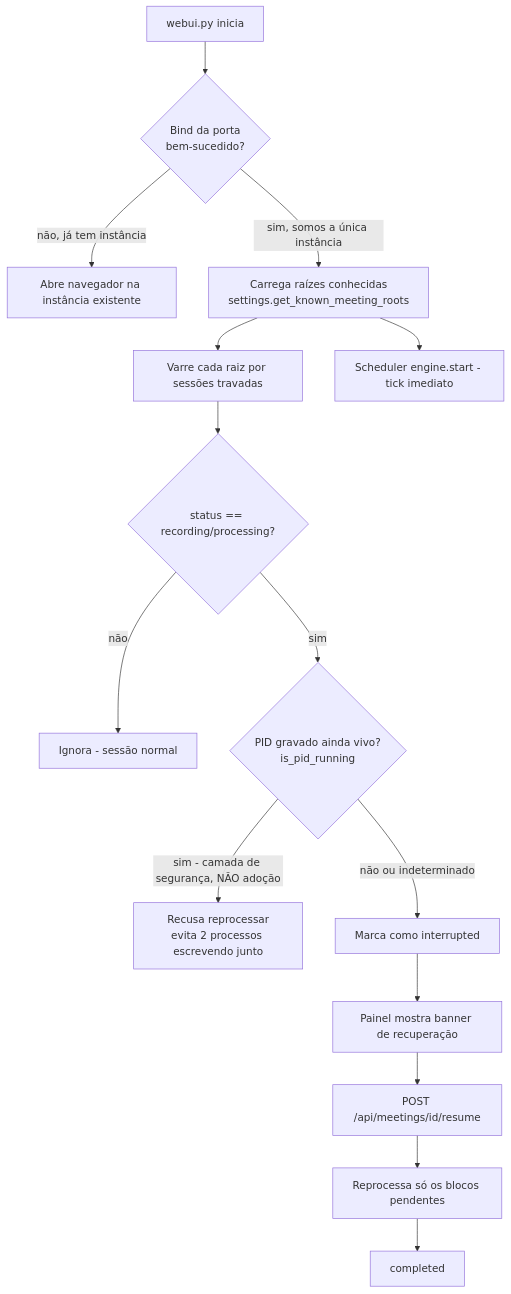
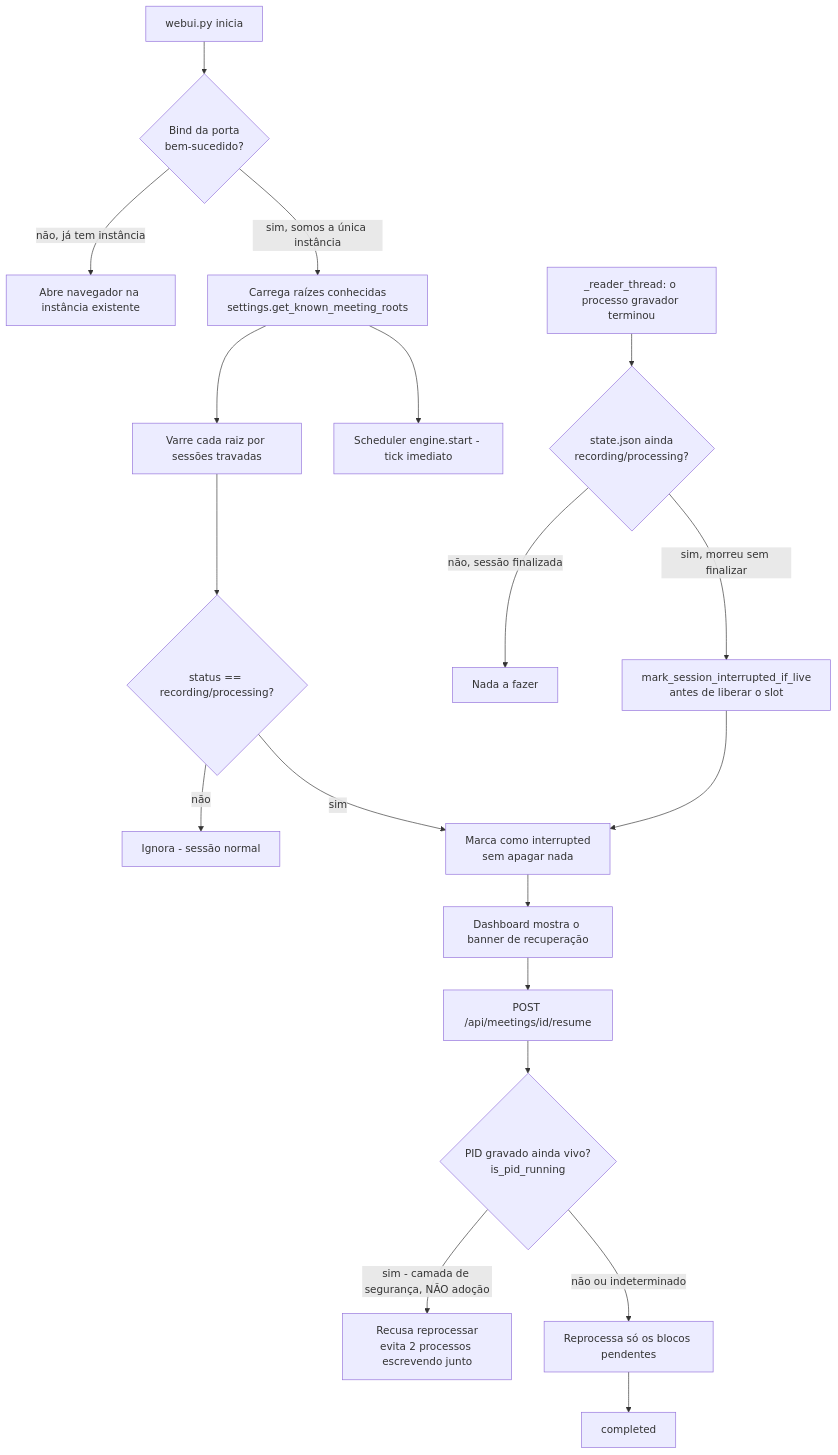
Before and after one commit to HSHAKOA/Agente-de-transcrito-de-reuni-es-: the fifth of 8 diagrams in docs/FLOWCHARTS.md, drawn with Mermaid. The commit also changed other lines of this file, not shown here.

Commit message:
docs(flowcharts): redraw Recovery to match the code and add the immediate path
The diagram put is_pid_running before marking a session interrupted; in
the code the boot scan marks every recording/processing session and the
PID check only happens at resume time. Also show the new path where the
panel marks a session interrupted as soon as it sees the recorder exit
without finalizing.

````diff
--- a/docs/FLOWCHARTS.md
+++ b/docs/FLOWCHARTS.md
@@ -157,21 +162,25 @@
 ```mermaid
 flowchart TD
     BOOT[webui.py inicia] --> BIND{Bind da porta<br/>bem-sucedido?}
     BIND -->|não, já tem instância| OPEN[Abre navegador na instância existente]
     BIND -->|sim, somos a única instância| ROOTS[Carrega raízes conhecidas<br/>settings.get_known_meeting_roots]
 
     ROOTS --> SCAN[Varre cada raiz por sessões travadas]
     SCAN --> STATUS{status == recording/processing?}
     STATUS -->|não| SKIP[Ignora - sessão normal]
-    STATUS -->|sim| PIDCHECK{PID gravado ainda vivo?<br/>is_pid_running}
+    STATUS -->|sim| INTERRUPTED[Marca como interrupted<br/>sem apagar nada]
 
+    EXIT[_reader_thread: o processo gravador terminou] --> LIVECHK{state.json ainda<br/>recording/processing?}
+    LIVECHK -->|não, sessão finalizada| SKIP2[Nada a fazer]
+    LIVECHK -->|sim, morreu sem finalizar| MARKNOW[mark_session_interrupted_if_live<br/>antes de liberar o slot]
+    MARKNOW --> INTERRUPTED
+
+    INTERRUPTED --> USERUI[Dashboard mostra o banner de recuperação]
+    USERUI --> RESUME[POST /api/meetings/id/resume]
+    RESUME --> PIDCHECK{PID gravado ainda vivo?<br/>is_pid_running}
     PIDCHECK -->|sim - camada de segurança, NÃO adoção| REFUSE[Recusa reprocessar<br/>evita 2 processos escrevendo junto]
-    PIDCHECK -->|não ou indeterminado| INTERRUPTED[Marca como interrupted]
-
-    INTERRUPTED --> USERUI[Painel mostra banner de recuperação]
-    USERUI --> RESUME[POST /api/meetings/id/resume]
-    RESUME --> PENDING[Reprocessa só os blocos pendentes]
+    PIDCHECK -->|não ou indeterminado| PENDING[Reprocessa só os blocos pendentes]
     PENDING --> COMPLETE2[completed]
 
     ROOTS --> ENGINESTART[Scheduler engine.start - tick imediato]
 ```
````
